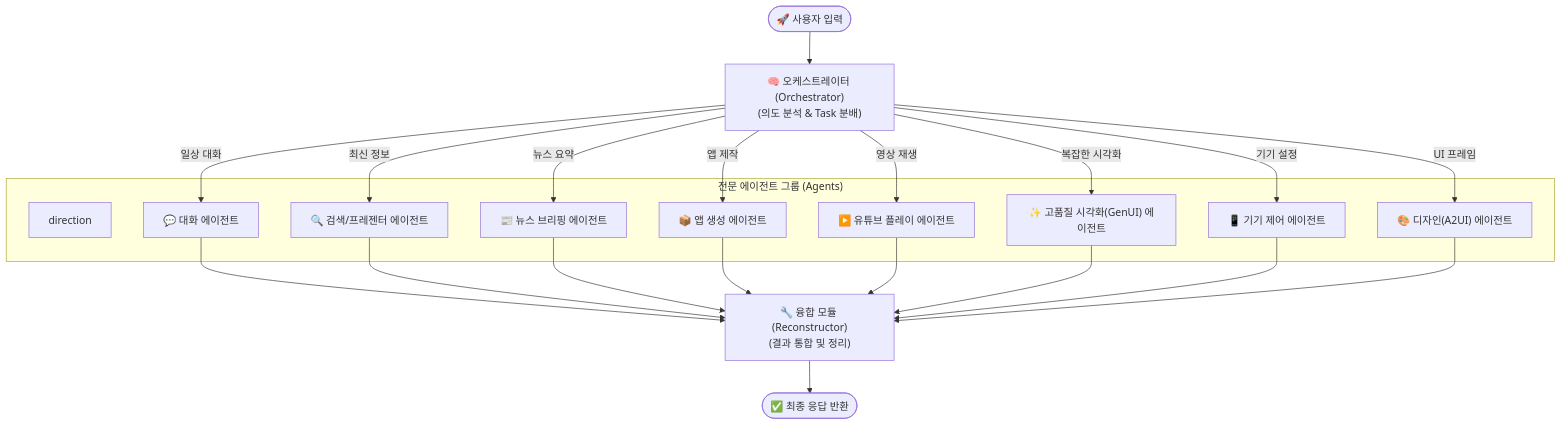
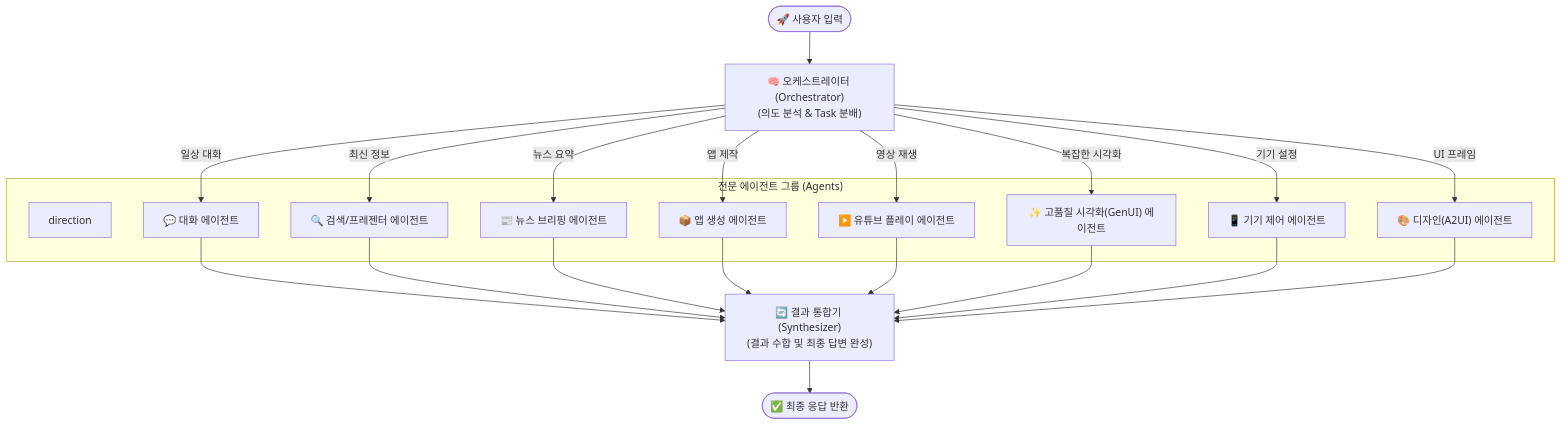
One commit to shyunMin/tizen-home-agent changed the first of 3 diagrams in README.md. Above: the diagram before and after it, drawn with Mermaid. The commit also changed other lines of this file and 2 other files, not shown here.

Commit message:
Rename Reconstructor to Synthesizer across the project

````diff
--- a/README.md
+++ b/README.md
@@ -18,36 +18,36 @@
 ```mermaid
 graph TD
     START([🚀 사용자 입력]) --> Orchestrator["🧠 오케스트레이터 (Orchestrator)\n(의도 분석 & Task 분배)"]
     
     subgraph Agents ["전문 에이전트 그룹 (Agents)"]
         direction 
         ChatAgent["💬 대화 에이전트"]
         SearchAgent["🔍 검색/프레젠터 에이전트"]
         BriefingAgent["📰 뉴스 브리핑 에이전트"]
         AppGenAgent["📦 앱 생성 에이전트"]
         YouTubeAgent["▶️ 유튜브 플레이 에이전트"]
         GenUIAgent["✨ 고품질 시각화(GenUI) 에이전트"]
         DeviceAgent["📱 기기 제어 에이전트"]
         DesignAgent["🎨 디자인(A2UI) 에이전트"]
     end
     
     Orchestrator -->|일상 대화| ChatAgent
     Orchestrator -->|최신 정보| SearchAgent
     Orchestrator -->|뉴스 요약| BriefingAgent
     Orchestrator -->|앱 제작| AppGenAgent
     Orchestrator -->|영상 재생| YouTubeAgent
     Orchestrator -->|복잡한 시각화| GenUIAgent
     Orchestrator -->|기기 설정| DeviceAgent
     Orchestrator -->|UI 프레임| DesignAgent
     
-    ChatAgent --> Reconstructor
-    SearchAgent --> Reconstructor
-    BriefingAgent --> Reconstructor
-    AppGenAgent --> Reconstructor
-    YouTubeAgent --> Reconstructor
-    GenUIAgent --> Reconstructor
-    DeviceAgent --> Reconstructor
-    DesignAgent --> Reconstructor
+    ChatAgent --> Synthesizer
+    SearchAgent --> Synthesizer
+    BriefingAgent --> Synthesizer
+    AppGenAgent --> Synthesizer
+    YouTubeAgent --> Synthesizer
+    GenUIAgent --> Synthesizer
+    DeviceAgent --> Synthesizer
+    DesignAgent --> Synthesizer
     
-    Reconstructor["🔧 융합 모듈 (Reconstructor)\n(결과 통합 및 정리)"] --> END([✅ 최종 응답 반환])
+    Synthesizer["🔄 결과 통합기 (Synthesizer)\n(결과 수합 및 최종 답변 완성)"] --> END([✅ 최종 응답 반환])
 ```
````
